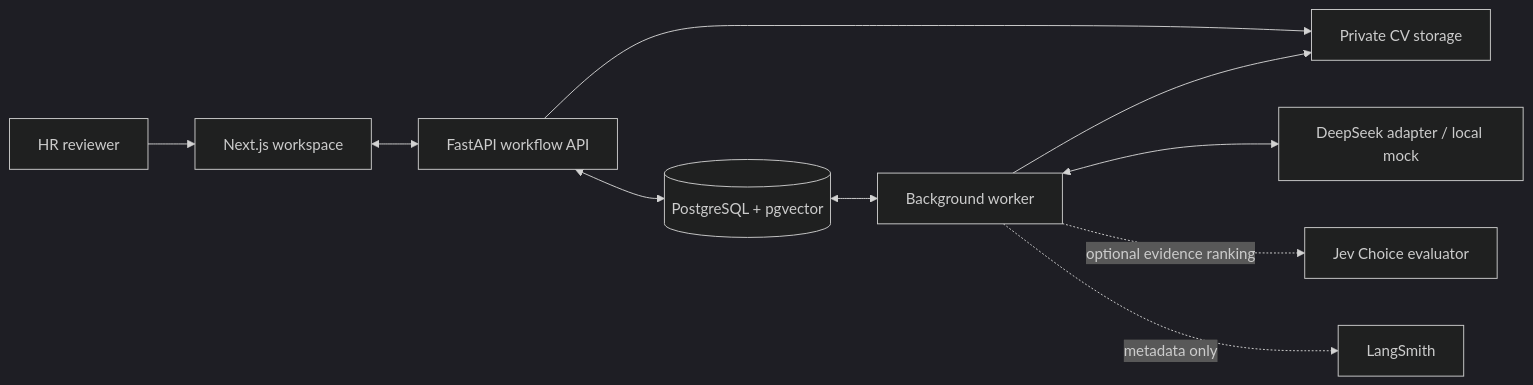
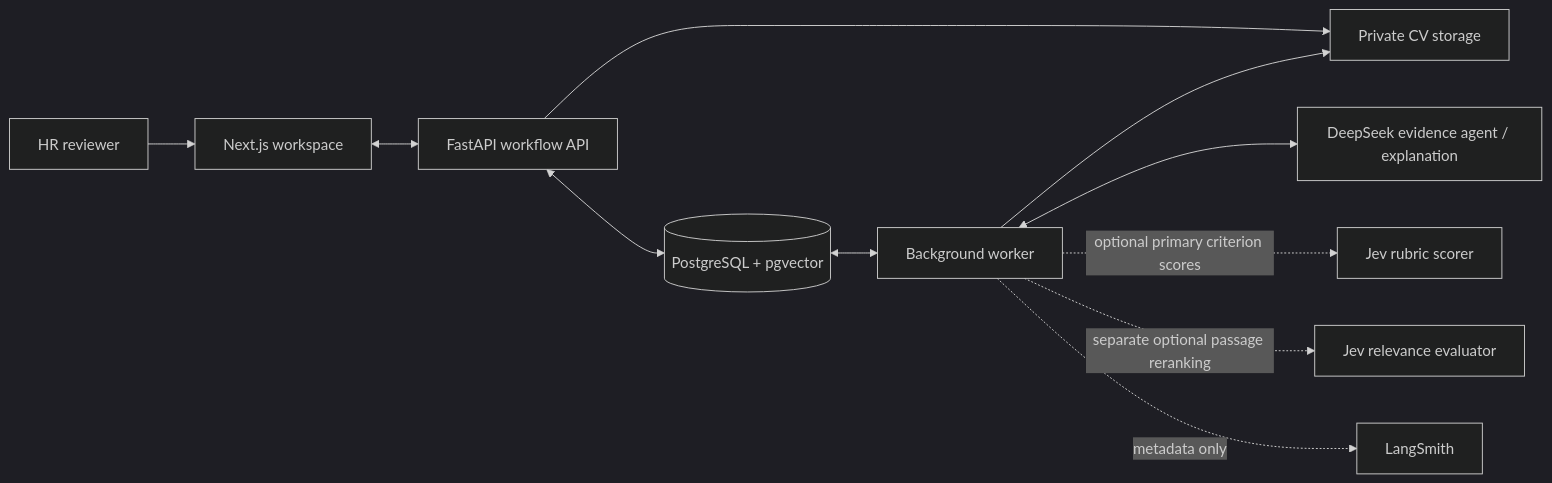
The first of 2 diagrams in README.md (DucPh4t/TalentScreen-AI), drawn with Mermaid (dark theme) before and after one commit. The commit also changed other lines of this file and 218 other files, not shown here.

Commit message:
feat: add Jev-primary screening and synthetic evaluation

````diff
--- a/README.md
+++ b/README.md
@@ -66,12 +66,13 @@
 ```mermaid
 flowchart LR
     HR["HR reviewer"] --> WEB["Next.js workspace"]
     WEB <--> API["FastAPI workflow API"]
     API <--> DB[("PostgreSQL + pgvector")]
     API --> FILES["Private CV storage"]
     DB <--> WORKER["Background worker"]
     WORKER --> FILES
-    WORKER <--> LLM["DeepSeek adapter / local mock"]
-    WORKER -. "optional evidence ranking" .-> JEV["Jev Choice evaluator"]
+    WORKER <--> LLM["DeepSeek evidence agent / explanation"]
+    WORKER -. "optional primary criterion scores" .-> JEV_SCORE["Jev rubric scorer"]
+    WORKER -. "separate optional passage reranking" .-> JEV_RERANK["Jev relevance evaluator"]
     WORKER -. "metadata only" .-> TRACE["LangSmith"]
 ```
````
